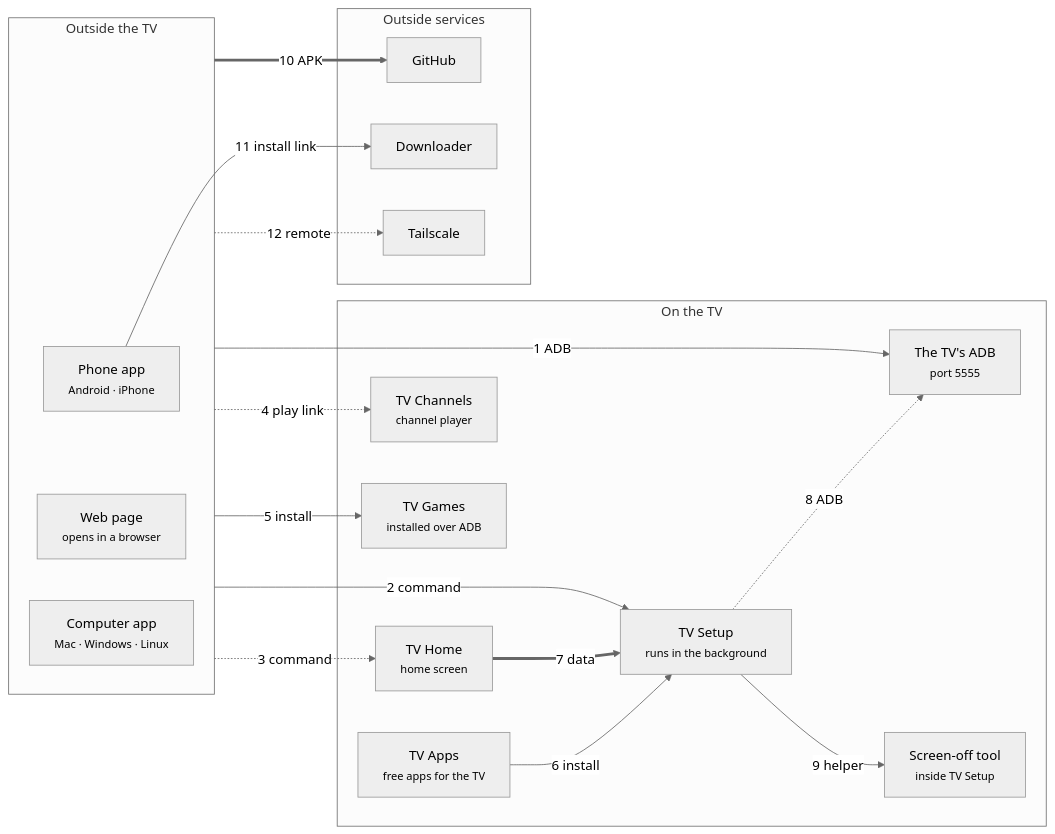
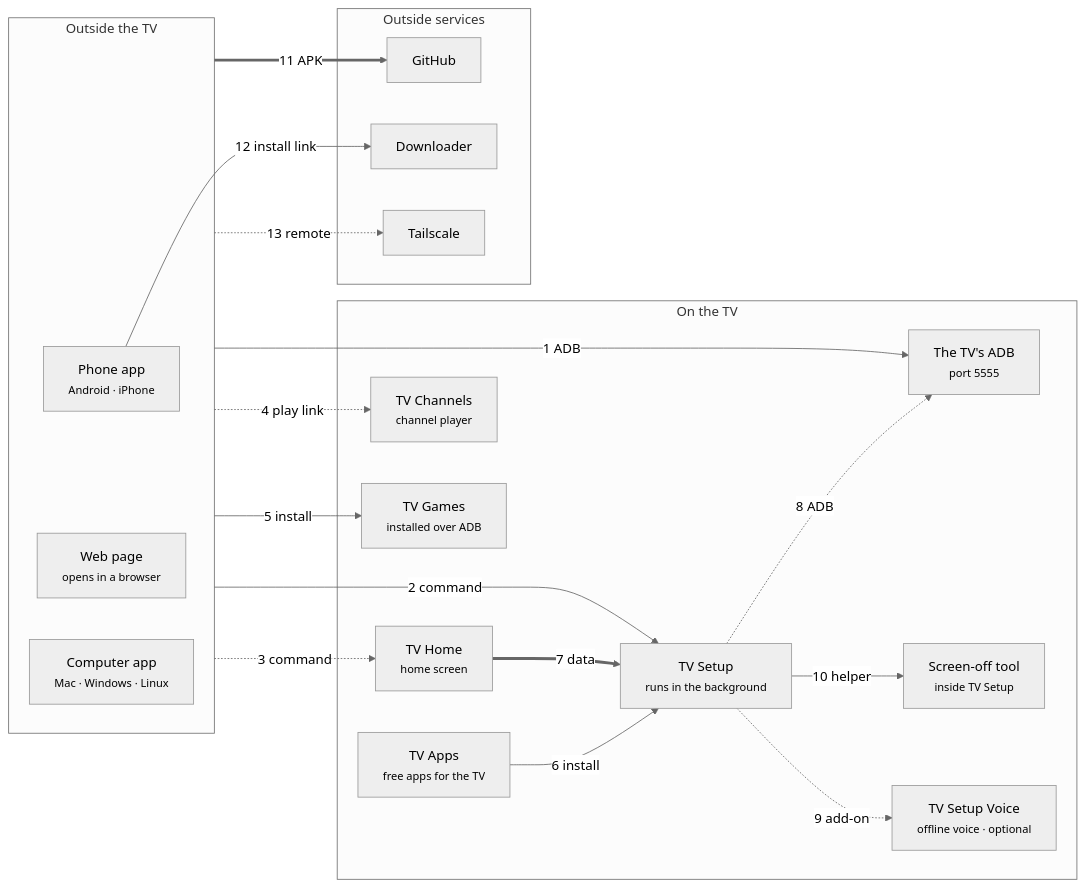
Before and after one commit to HoangTran0410/tv-remote: the diagram in README.md, drawn with Mermaid (neutral theme). The commit also changed 3 other files, not shown here.

First line of the commit message:
Apps map: TV Setup Voice (offline voice add-on of TV Setup)

````diff
--- a/README.md
+++ b/README.md
@@ -130,34 +130,36 @@
 ```mermaid
 flowchart LR
   subgraph clients["Outside the TV"]
     phone["Phone app<br/><small>Android · iPhone</small>"]
     web["Web page<br/><small>opens in a browser</small>"]
     desktop["Computer app<br/><small>Mac · Windows · Linux</small>"]
   end
   subgraph tv["On the TV"]
     adb["The TV's ADB<br/><small>port 5555</small>"]
     helper["Screen-off tool<br/><small>inside TV Setup</small>"]
+    voice["TV Setup Voice<br/><small>offline voice · optional</small>"]
     setup["TV Setup<br/><small>runs in the background</small>"]
     home["TV Home<br/><small>home screen</small>"]
     channels["TV Channels<br/><small>channel player</small>"]
     games["TV Games<br/><small>installed over ADB</small>"]
     tvapps["TV Apps<br/><small>free apps for the TV</small>"]
   end
   subgraph ext["Outside services"]
     github["GitHub"]
     downloader["Downloader"]
     tailscale["Tailscale"]
   end
   clients -->|"1 ADB"| adb
   clients -->|"2 command"| setup
   clients -.->|"3 command"| home
   clients -.->|"4 play link"| channels
   clients -->|"5 install"| games
   tvapps -->|"6 install"| setup
   home ==>|"7 data"| setup
   setup -.->|"8 ADB"| adb
-  setup -->|"9 helper"| helper
-  clients ==>|"10 APK"| github
-  phone -->|"11 install link"| downloader
-  clients -.->|"12 remote"| tailscale
+  setup -.->|"9 add-on"| voice
+  setup -->|"10 helper"| helper
+  clients ==>|"11 APK"| github
+  phone -->|"12 install link"| downloader
+  clients -.->|"13 remote"| tailscale
 ```
````
